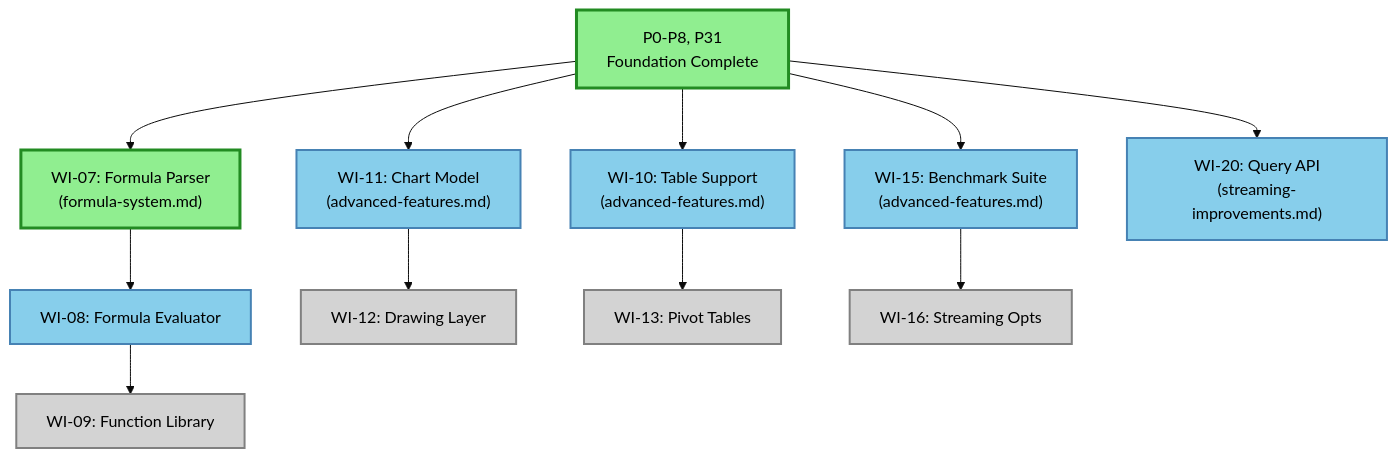
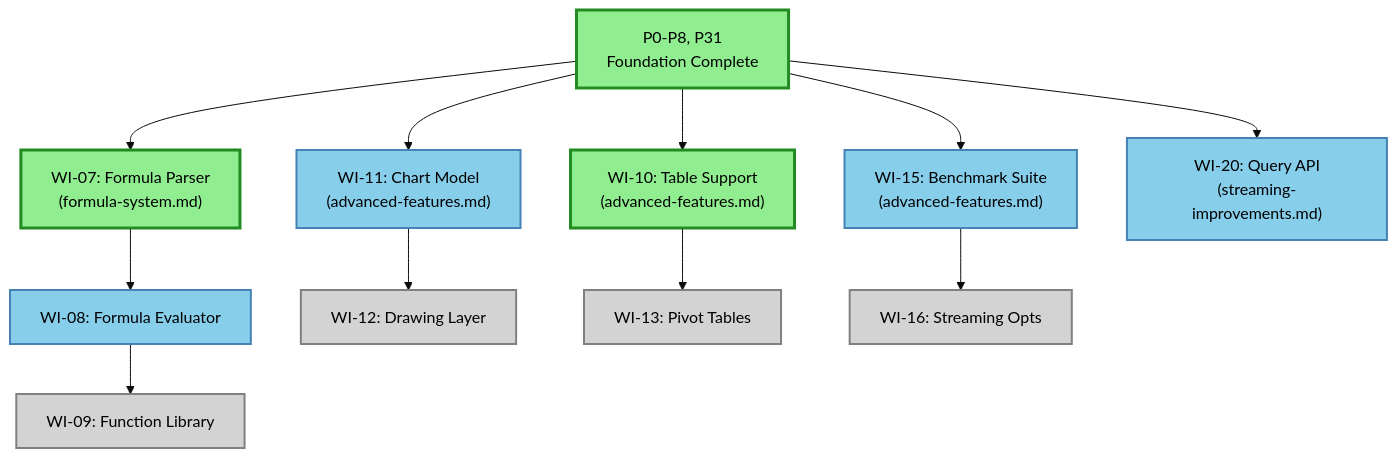
Before and after one commit to TJC-LP/xl: the diagram in docs/plan/roadmap.md, drawn with Mermaid (base theme). The commit also changed other lines of this file and 1 other file, not shown here.

First line of the commit message:
docs(roadmap): mark WI-10 table support as complete

````diff
--- a/docs/plan/roadmap.md
+++ b/docs/plan/roadmap.md
@@ -24,37 +24,37 @@
 ```mermaid
 graph TB
     %% Completed work (green)
     P0["P0-P8, P31<br/>Foundation Complete"]:::completed
     WI07["WI-07: Formula Parser<br/>(formula-system.md)"]:::completed
+    WI10["WI-10: Table Support<br/>(advanced-features.md)"]:::completed
 
     %% Available work (blue - ready to start)
     WI08["WI-08: Formula Evaluator"]:::available
-    WI10["WI-10: Table Support<br/>(advanced-features.md)"]:::available
     WI11["WI-11: Chart Model<br/>(advanced-features.md)"]:::available
     WI15["WI-15: Benchmark Suite<br/>(advanced-features.md)"]:::available
     WI20["WI-20: Query API<br/>(streaming-improvements.md)"]:::available
 
     %% Blocked work (gray - waiting on dependencies)
     WI09["WI-09: Function Library"]:::blocked
     WI12["WI-12: Drawing Layer"]:::blocked
     WI13["WI-13: Pivot Tables"]:::blocked
     WI16["WI-16: Streaming Opts"]:::blocked
 
     %% Dependencies
     P0 --> WI07
     P0 --> WI10
     P0 --> WI11
     P0 --> WI15
     P0 --> WI20
 
     WI07 --> WI08
     WI08 --> WI09
     WI11 --> WI12
     WI10 --> WI13
     WI15 --> WI16
 
     %% Style definitions
     classDef completed fill:#90EE90,stroke:#228B22,stroke-width:3px,color:#000
     classDef available fill:#87CEEB,stroke:#4682B4,stroke-width:2px,color:#000
     classDef blocked fill:#D3D3D3,stroke:#808080,stroke-width:2px,color:#000
 ```
````
